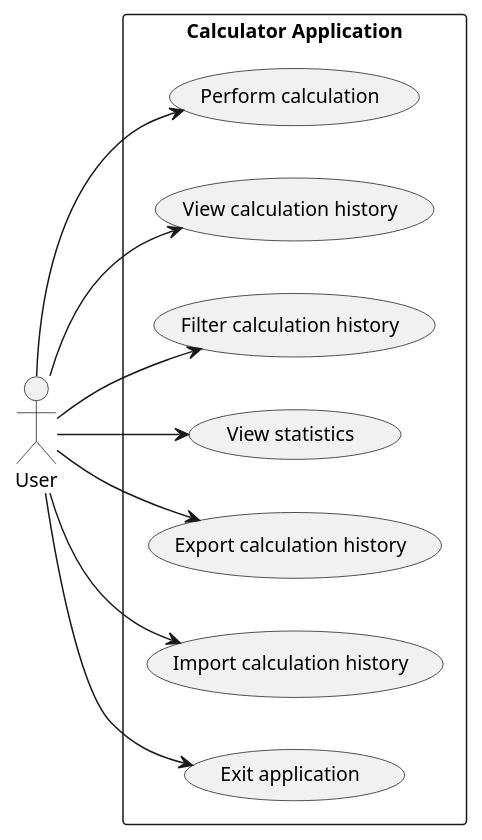
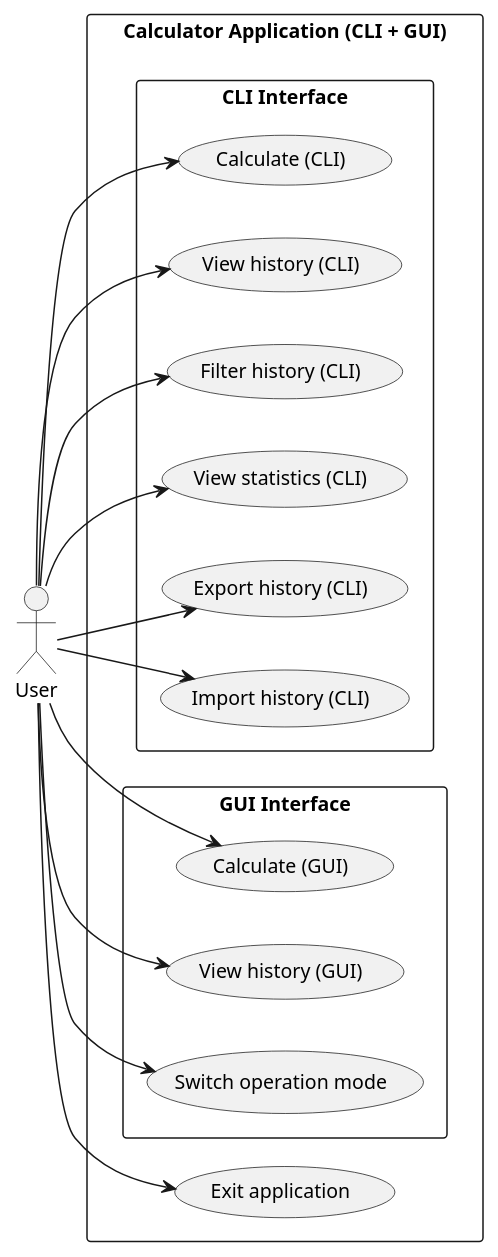
Before and after one commit to DanielRiha8906/Software_autoevolution_using_agents: the diagram in experiments/pipeline/user_stories/calculator/artifacts/use_case_diagram.puml, drawn with PlantUML. The commit also changed 23 other files, not shown here.

First line of the commit message:
task 10 | pipeline / user_stories / calculator

```diff
--- a/experiments/pipeline/user_stories/calculator/artifacts/use_case_diagram.puml
+++ b/experiments/pipeline/user_stories/calculator/artifacts/use_case_diagram.puml
@@ -1,28 +1,43 @@
 @startuml use_case_diagram
 
 skinparam defaultFontSize 13
 
 left to right direction
 
 actor User
 
-rectangle "Calculator Application" {
-    usecase "Perform calculation" as UC_Calc
-    usecase "View calculation history" as UC_History
-    usecase "Filter calculation history" as UC_Filter
-    usecase "View statistics" as UC_Stats
-    usecase "Export calculation history" as UC_Export
-    usecase "Import calculation history" as UC_Import
+rectangle "Calculator Application (CLI + GUI)" {
+
+    rectangle "CLI Interface" {
+        usecase "Calculate (CLI)" as UC_Calc_CLI
+        usecase "View history (CLI)" as UC_History_CLI
+        usecase "Filter history (CLI)" as UC_Filter_CLI
+        usecase "View statistics (CLI)" as UC_Stats_CLI
+        usecase "Export history (CLI)" as UC_Export_CLI
+        usecase "Import history (CLI)" as UC_Import_CLI
+    }
+
+    rectangle "GUI Interface" {
+        usecase "Calculate (GUI)" as UC_Calc_GUI
+        usecase "View history (GUI)" as UC_History_GUI
+        usecase "Switch operation mode" as UC_Mode_Switch
+    }
+
     usecase "Exit application" as UC_Exit
 
 }
 
-User --> UC_Calc
-User --> UC_History
-User --> UC_Filter
-User --> UC_Stats
-User --> UC_Export
-User --> UC_Import
+User --> UC_Calc_CLI
+User --> UC_History_CLI
+User --> UC_Filter_CLI
+User --> UC_Stats_CLI
+User --> UC_Export_CLI
+User --> UC_Import_CLI
+
+User --> UC_Calc_GUI
+User --> UC_History_GUI
+User --> UC_Mode_Switch
+
 User --> UC_Exit
 
 @enduml
```
